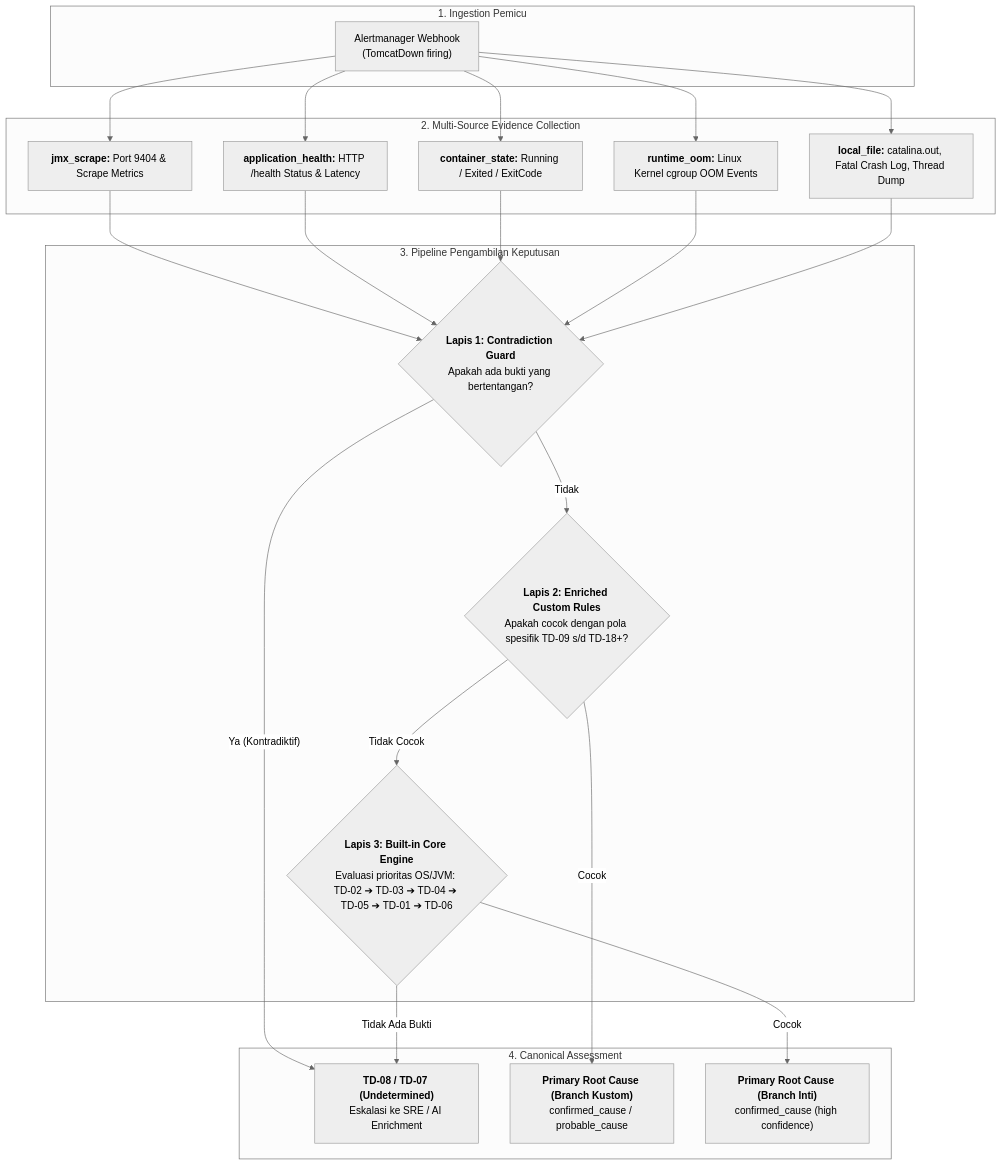
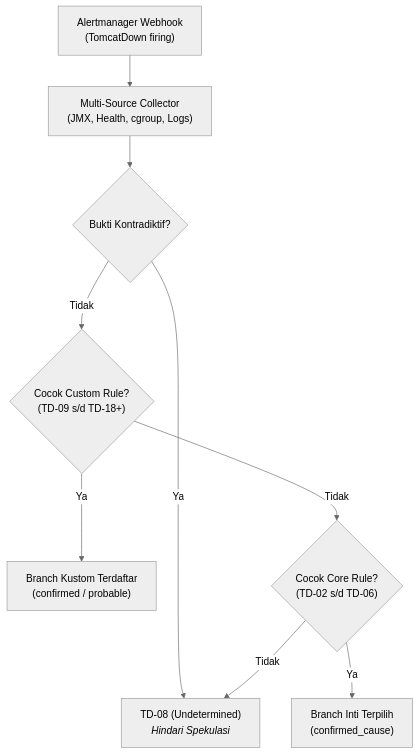
One commit to edkas07-oss/devops-handbook changed the first of 2 diagrams in docs/projects/tomcat-monitoring/faq.md. Above: the diagram before and after it, drawn with Mermaid (neutral theme). The commit also changed other lines of this file and 1 other file, not shown here.

Commit message:
docs(faq): align FAQ and contract with writing and documentation standards and fix Mermaid node sizing

````diff
--- a/docs/projects/tomcat-monitoring/faq.md
+++ b/docs/projects/tomcat-monitoring/faq.md
@@ -15,35 +22,14 @@
 ```mermaid
 flowchart TD
-    subgraph Trigger["1. Ingestion Pemicu"]
-        ALERT["Alertmanager Webhook<br/>(TomcatDown firing)"]
-    end
-
-    subgraph Evidence_Layer["2. Multi-Source Evidence Collection"]
-        E1["<b>jmx_scrape:</b> Port 9404 & Scrape Metrics"]
-        E2["<b>application_health:</b> HTTP /health Status & Latency"]
-        E3["<b>container_state:</b> Running / Exited / ExitCode"]
-        E4["<b>runtime_oom:</b> Linux Kernel cgroup OOM Events"]
-        E5["<b>local_file:</b> catalina.out, Fatal Crash Log, Thread Dump"]
-    end
-
-    subgraph Decision_Pipeline["3. Pipeline Pengambilan Keputusan"]
-        CG{"<b>Lapis 1: Contradiction Guard</b><br/>Apakah ada bukti yang bertentangan?"}
-        CR{"<b>Lapis 2: Enriched Custom Rules</b><br/>Apakah cocok dengan pola spesifik TD-09 s/d TD-18+?"}
-        BI{"<b>Lapis 3: Built-in Core Engine</b><br/>Evaluasi prioritas OS/JVM: TD-02 ➔ TD-03 ➔ TD-04 ➔ TD-05 ➔ TD-01 ➔ TD-06"}
-    end
-
-    subgraph Result_Layer["4. Canonical Assessment"]
-        UNDET["<b>TD-08 / TD-07 (Undetermined)</b><br/>Eskalasi ke SRE / AI Enrichment"]
-        CUSTOM_RES["<b>Primary Root Cause (Branch Kustom)</b><br/>confirmed_cause / probable_cause"]
-        CORE_RES["<b>Primary Root Cause (Branch Inti)</b><br/>confirmed_cause (high confidence)"]
-    end
-
-    ALERT --> E1 & E2 & E3 & E4 & E5
-    E1 & E2 & E3 & E4 & E5 --> CG
-    CG -- "Ya (Kontradiktif)" --> UNDET
-    CG -- "Tidak" --> CR
-    CR -- "Cocok" --> CUSTOM_RES
-    CR -- "Tidak Cocok" --> BI
-    BI -- "Cocok" --> CORE_RES
-    BI -- "Tidak Ada Bukti" --> UNDET
+    ALERT["Alertmanager Webhook<br/>(TomcatDown firing)"] --> COLL["Multi-Source Collector<br/>(JMX, Health, cgroup, Logs)"]
+    
+    COLL --> CG{"Bukti Kontradiktif?"}
+    CG -- "Ya" --> UNDET["TD-08 (Undetermined)<br/><i>Hindari Spekulasi</i>"]
+    
+    CG -- "Tidak" --> CR{"Cocok Custom Rule?<br/>(TD-09 s/d TD-18+)"}
+    CR -- "Ya" --> CUST["Branch Kustom Terdaftar<br/>(confirmed / probable)"]
+    
+    CR -- "Tidak" --> BI{"Cocok Core Rule?<br/>(TD-02 s/d TD-06)"}
+    BI -- "Ya" --> CORE["Branch Inti Terpilih<br/>(confirmed_cause)"]
+    BI -- "Tidak" --> UNDET
 ```
````
